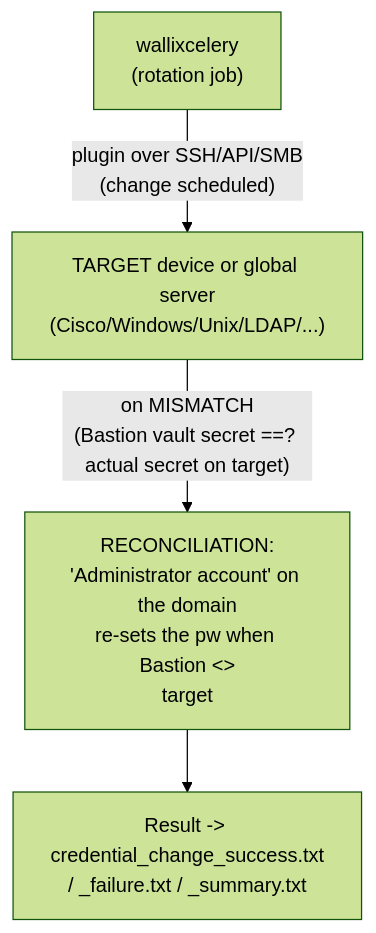
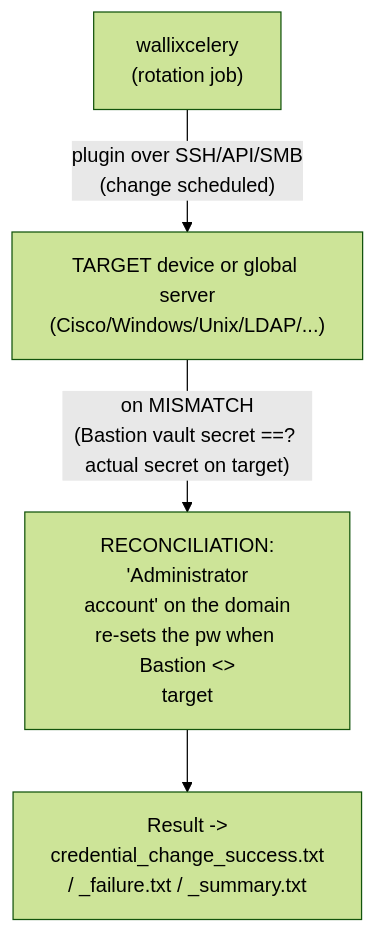
Before and after one commit to morandeirachema/WallixCerts: the second of 5 diagrams in certs/wallix/deep-dives/troubleshooting-and-logs.md, drawn with Mermaid (forest theme). The commit also changed other lines of this file and 35 other files, not shown here.

First line of the commit message:
Tidy Mermaid boxes: balanced wrapping at a narrower width (36)

````diff
--- a/certs/wallix/deep-dives/troubleshooting-and-logs.md
+++ b/certs/wallix/deep-dives/troubleshooting-and-logs.md
@@ -177,6 +177,6 @@
 ```mermaid
 flowchart TD
     Celery["wallixcelery<br/>(rotation job)"] -->|"plugin over SSH/API/SMB<br/>(change scheduled)"| Target["TARGET device or global server<br/>(Cisco/Windows/Unix/LDAP/...)"]
-    Target -->|"on MISMATCH<br/>(Bastion vault secret ==? actual secret on target)"| Reconcile["RECONCILIATION:<br/>'Administrator account' on the domain<br/>re-sets the pw when Bastion &lt;&gt;<br/>target"]
-    Reconcile --> Result["Result -> credential_change_success.txt<br/>/ _failure.txt / _summary.txt"]
+    Target -->|"on MISMATCH<br/>(Bastion vault secret ==? actual secret on target)"| Reconcile["RECONCILIATION:<br/>'Administrator<br/>account' on the domain<br/>re-sets the pw when Bastion &lt;&gt;<br/>target"]
+    Reconcile --> Result["Result -><br/>credential_change_success.txt<br/>/ _failure.txt / _summary.txt"]
 ```
````
